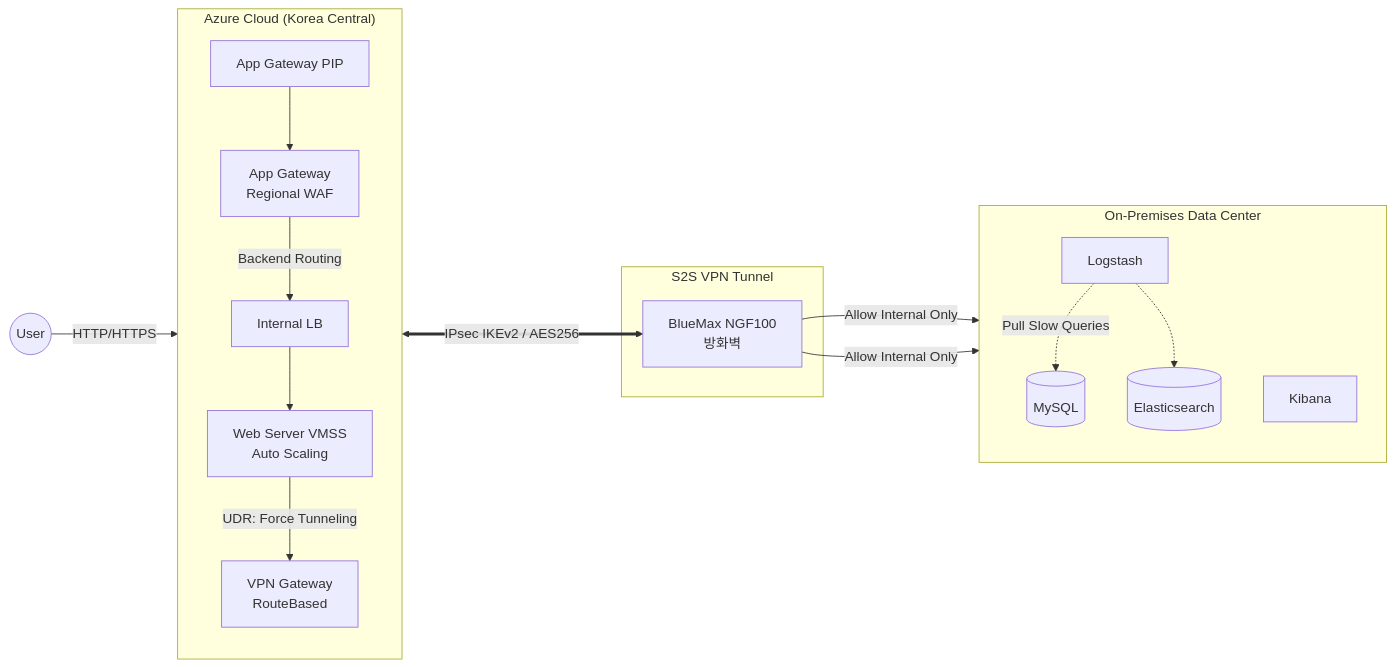
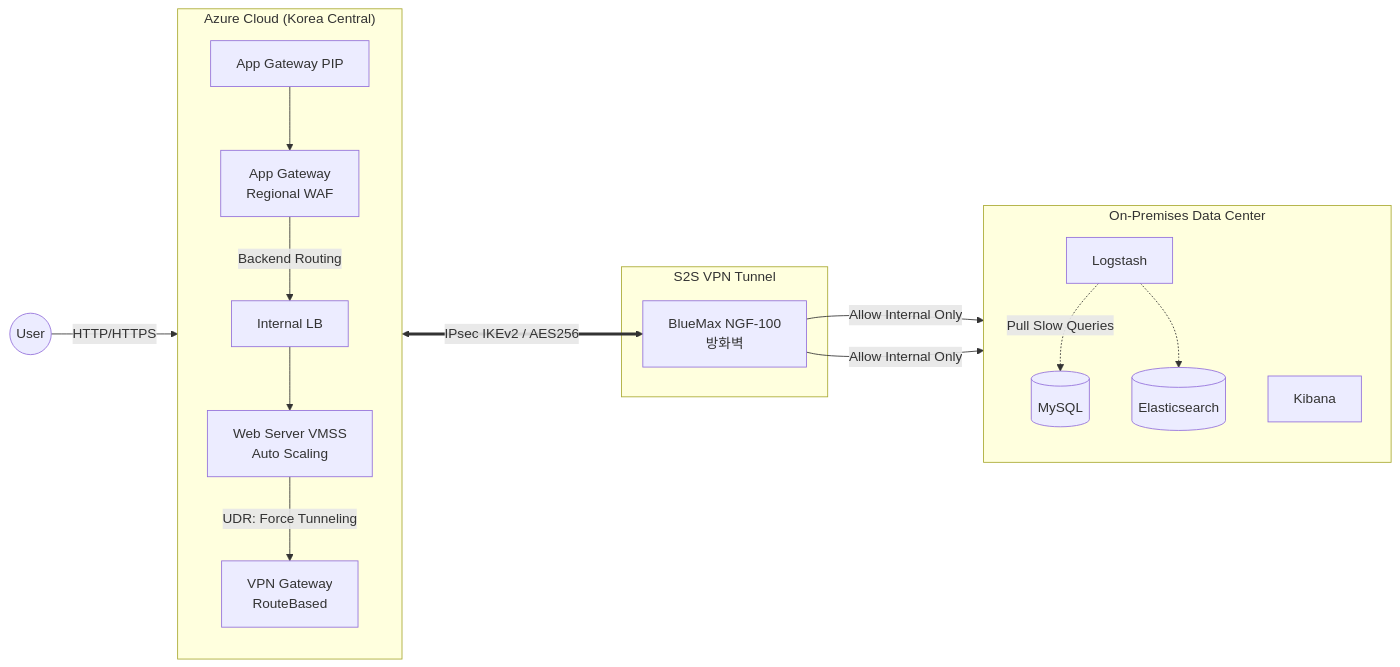
One commit to livv126/azure-hybrid-network-infrastructure changed the diagram in README.md. Above: the diagram before and after it, drawn with Mermaid. The commit also changed other lines of this file, not shown here.

````diff
--- a/README.md
+++ b/README.md
@@ -20,35 +19,35 @@
-~~~mermaid
+```mermaid
 graph LR
     User((User)) -->|HTTP/HTTPS| PIP[App Gateway PIP]
     
     subgraph "Azure Cloud (Korea Central)"
         direction TB
         AGW[App Gateway <br/> Regional WAF]
         ILB[Internal LB]
         VMSS[Web Server VMSS <br/> Auto Scaling]
         VPNGW[VPN Gateway <br/> RouteBased]
         
         PIP --> AGW
         AGW -->|Backend Routing| ILB
         ILB --> VMSS
         VMSS -->|UDR: Force Tunneling| VPNGW
     end
     
     subgraph "S2S VPN Tunnel"
         VPNGW <===>|IPsec IKEv2 / AES256| NGF
     end
     
     subgraph "On-Premises Data Center"
         direction TB
-        NGF[BlueMax NGF100 <br/> 방화벽]
+        NGF[BlueMax NGF-100 <br/> 방화벽]
         DB[(MySQL)]
         ES[(Elasticsearch)]
         Logstash[Logstash]
         Kibana[Kibana]
         
         NGF -->|Allow Internal Only| DB
         NGF -->|Allow Internal Only| ES
         Logstash -.->|Pull Slow Queries| DB
         Logstash -.-> ES
     end
-~~~
+```
````
